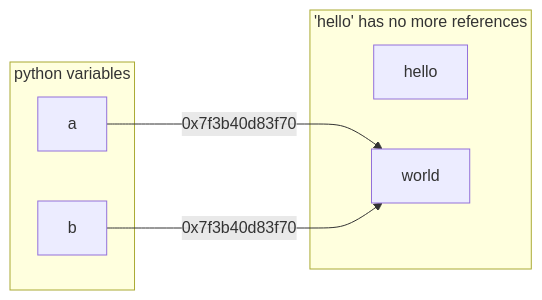
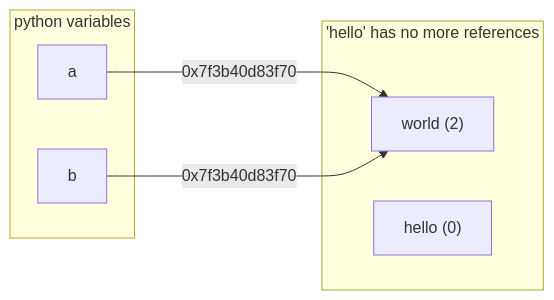
The fourth of 4 diagrams in _lectures/python internals.md (GAMR1520/GAMR1520), drawn with Mermaid before and after one commit. The commit also changed other lines of this file and 1 other file, not shown here.

```diff
--- a/_lectures/python internals.md
+++ b/_lectures/python internals.md
@@ -114,13 +114,13 @@
     <div class="mermaid">
     flowchart LR;
     subgraph python variables
         a
         b
     end
     subgraph 'hello' has no more references
-        hello
-        world
+        world["world (2)"]
+        hello["hello (0)"]
     end
     a -- 0x7f3b40d83f70 ---> world
     b -- 0x7f3b40d83f70 ---> world
     </div>
```
